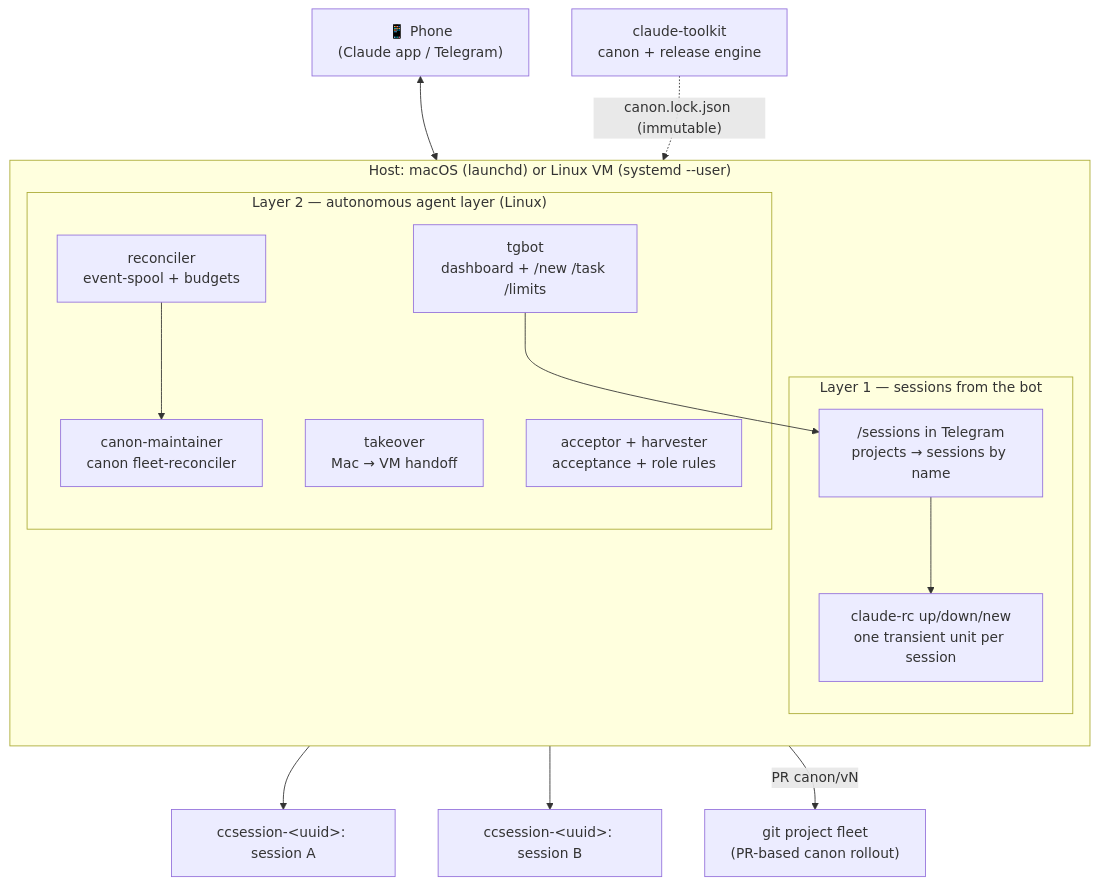
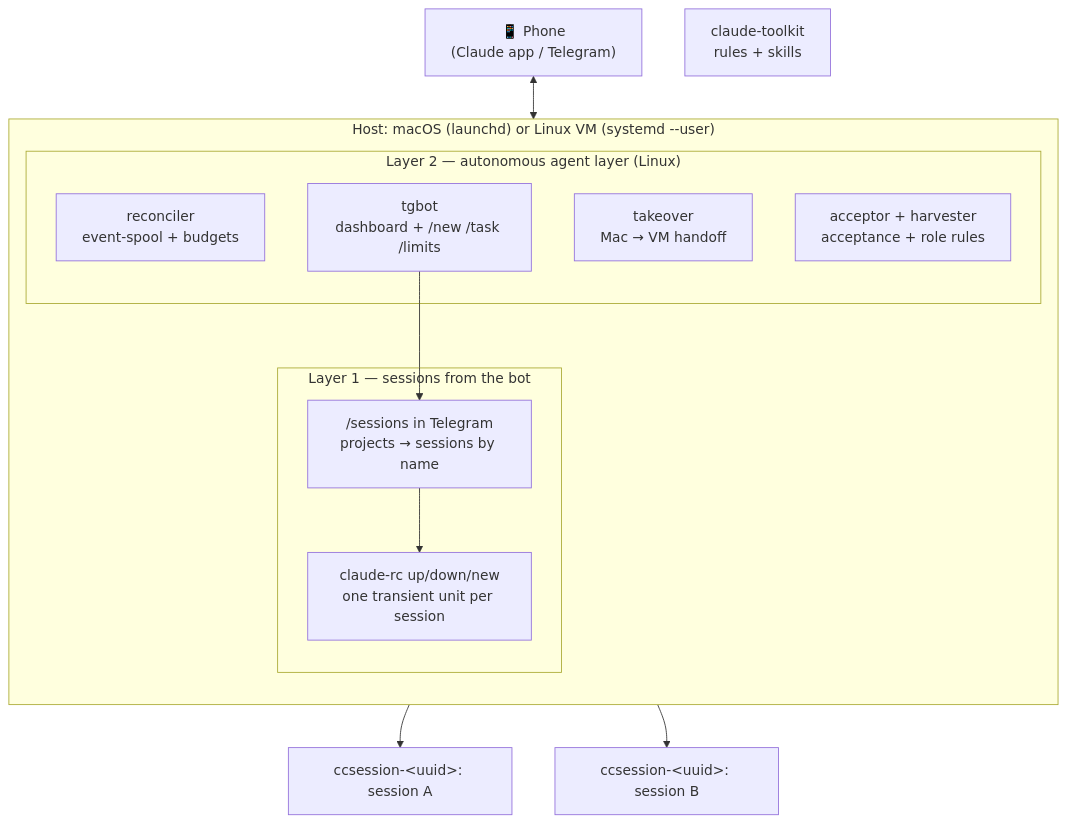
The diagram in README.en.md (dewil/ai-control), drawn with Mermaid before and after one commit. The commit also changed other lines of this file and 20 other files, not shown here.

Commit message:
Remove canon version rollout operator and retire legacy installs

````diff
--- a/README.en.md
+++ b/README.en.md
@@ -21,31 +21,26 @@
 ```mermaid
 flowchart TB
     phone["📱 Phone<br/>(Claude app / Telegram)"]
 
     subgraph host["Host: macOS (launchd) or Linux VM (systemd --user)"]
       direction TB
       subgraph L1["Layer 1 — sessions from the bot"]
         menu["/sessions in Telegram<br/>projects → sessions by name"]
         rc["claude-rc up/down/new<br/>one transient unit per session"]
         menu --> rc
       end
       subgraph L2["Layer 2 — autonomous agent layer (Linux)"]
         recon["reconciler<br/>event-spool + budgets"]
         tgbot["tgbot<br/>dashboard + /new /task /limits"]
-        canon["canon-maintainer<br/>canon fleet-reconciler"]
         takeover["takeover<br/>Mac → VM handoff"]
         harvest["acceptor + harvester<br/>acceptance + role rules"]
       end
     end
 
-    toolkit["claude-toolkit<br/>canon + release engine"]
-    fleet["git project fleet<br/>(PR-based canon rollout)"]
+    toolkit["claude-toolkit<br/>rules + skills"]
 
     phone <--> tgbot
     tgbot --> menu
     rc --> projA["ccsession-&lt;uuid&gt;: session A"]
     rc --> projB["ccsession-&lt;uuid&gt;: session B"]
-    toolkit -. "canon.lock.json (immutable)" .-> canon
-    canon -- "PR canon/vN" --> fleet
-    recon --> canon
 ```
````
